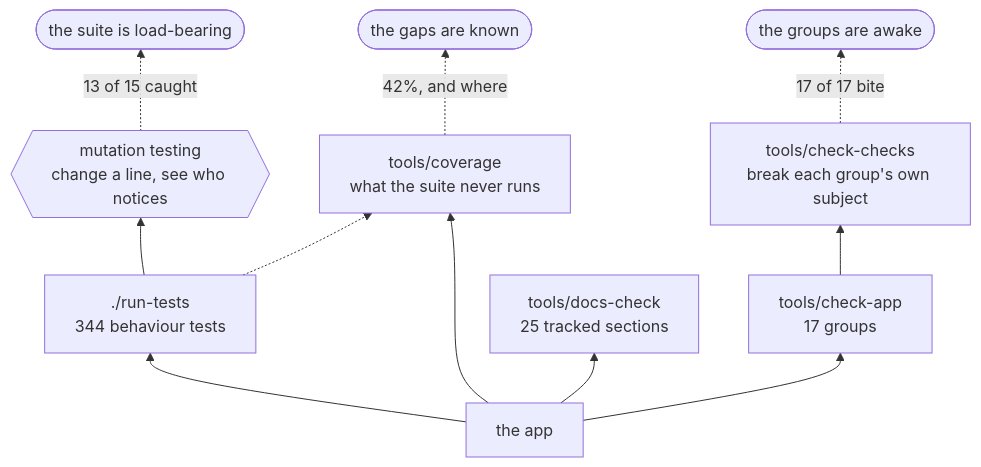
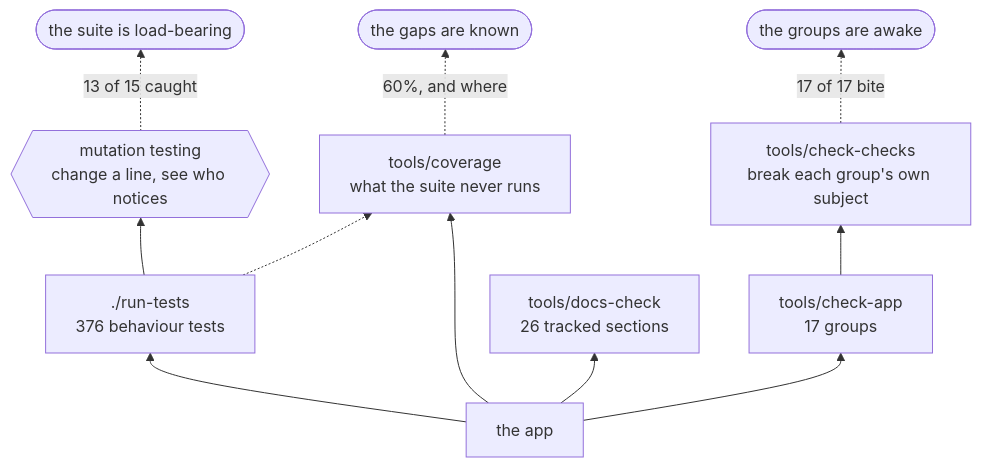
Before and after one commit to minormending/crystal-pilot-mobile: the second of 2 diagrams in docs/DEVELOPING.md, drawn with Mermaid. The commit also changed other lines of this file and 4 other files, not shown here.

````diff
--- a/docs/DEVELOPING.md
+++ b/docs/DEVELOPING.md
@@ -118,13 +118,13 @@
 ```mermaid
 flowchart BT
-    C["the app"] --> T["./run-tests<br/>344 behaviour tests"]
+    C["the app"] --> T["./run-tests<br/>376 behaviour tests"]
     C --> A["tools/check-app<br/>17 groups"]
-    C --> D["tools/docs-check<br/>25 tracked sections"]
+    C --> D["tools/docs-check<br/>26 tracked sections"]
     C --> V["tools/coverage<br/>what the suite never runs"]
     T --> M{{"mutation testing<br/>change a line, see who notices"}}
     A --> K["tools/check-checks<br/>break each group's own subject"]
     T -.-> V
     M -.->|"13 of 15 caught"| R(["the suite is load-bearing"])
     K -.->|"17 of 17 bite"| R2(["the groups are awake"])
-    V -.->|"42%, and where"| R3(["the gaps are known"])
+    V -.->|"60%, and where"| R3(["the gaps are known"])
 ```
````
